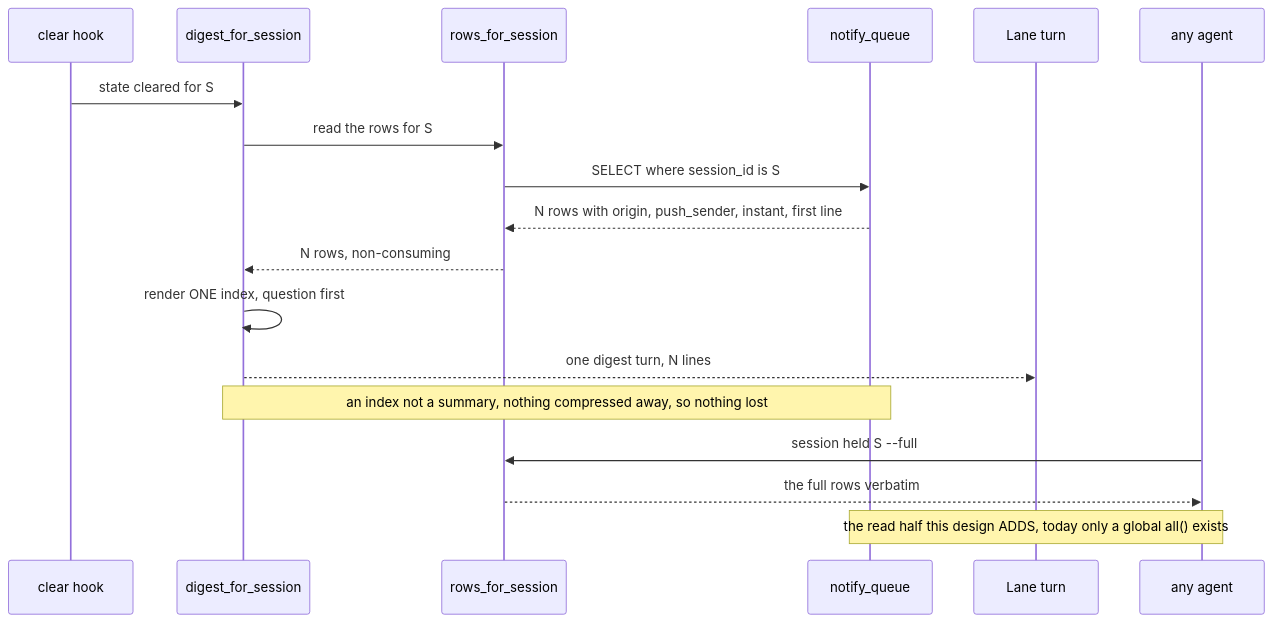
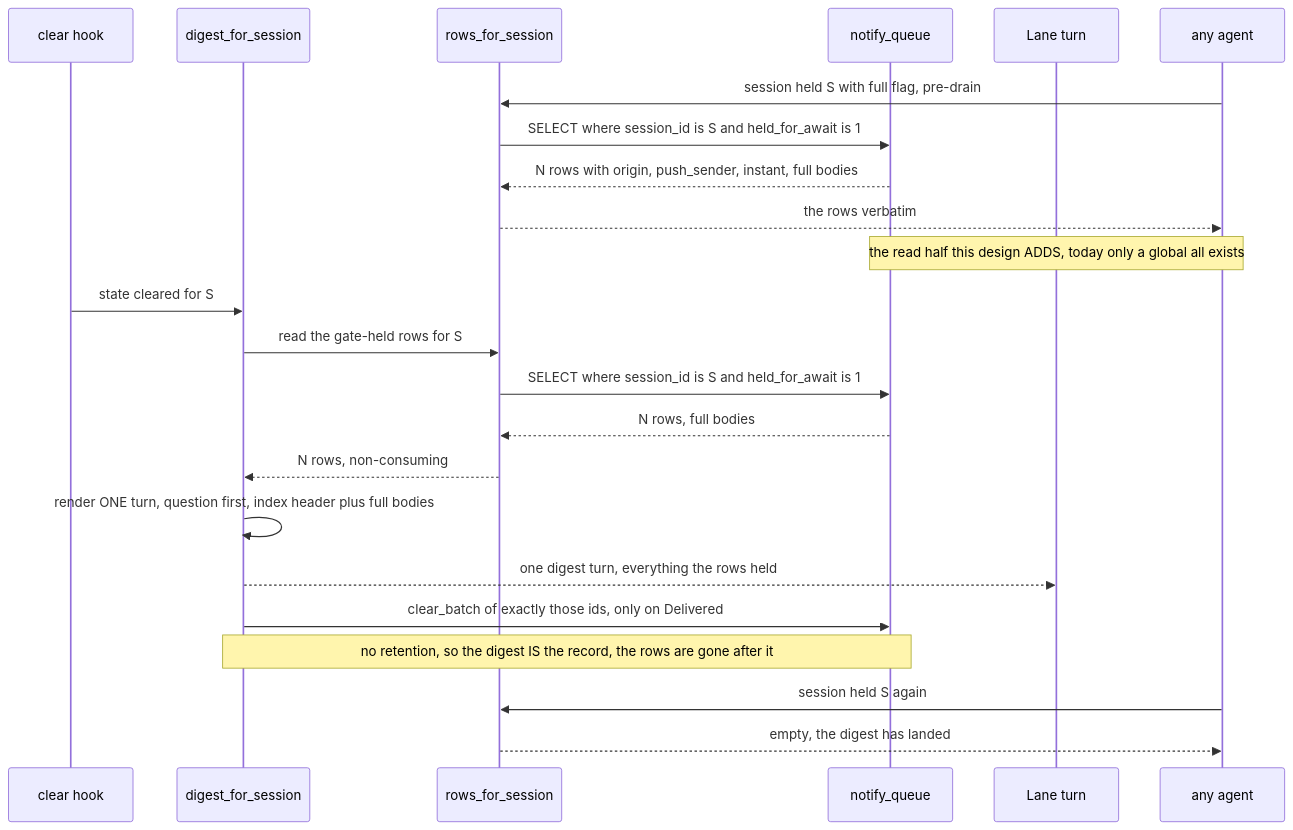
Before and after one commit to leshchenko1979/agent-factories: the ninth of 12 diagrams in docs/proposals/08-owner-gated-lane-intake.md, drawn with Mermaid. The commit also changed other lines of this file and 1 other file, not shown here.

First line of the commit message:
prop08: rev.13 — no retention; every interface pinned

````diff
--- a/docs/proposals/08-owner-gated-lane-intake.md
+++ b/docs/proposals/08-owner-gated-lane-intake.md
@@ -777,20 +1022,25 @@
 ```mermaid
 sequenceDiagram
     participant C as clear hook
     participant D as digest_for_session
     participant R as rows_for_session
     participant Q as notify_queue
     participant L as Lane turn
     participant A as any agent
+    A->>R: session held S with full flag, pre-drain
+    R->>Q: SELECT where session_id is S and held_for_await is 1
+    Q-->>R: N rows with origin, push_sender, instant, full bodies
+    R-->>A: the rows verbatim
+    Note over A,Q: the read half this design ADDS, today only a global all exists
     C->>D: state cleared for S
-    D->>R: read the rows for S
-    R->>Q: SELECT where session_id is S
-    Q-->>R: N rows with origin, push_sender, instant, first line
+    D->>R: read the gate-held rows for S
+    R->>Q: SELECT where session_id is S and held_for_await is 1
+    Q-->>R: N rows, full bodies
     R-->>D: N rows, non-consuming
-    D->>D: render ONE index, question first
-    D-->>L: one digest turn, N lines
-    Note over D,Q: an index not a summary, nothing compressed away, so nothing lost
-    A->>R: session held S --full
-    R-->>A: the full rows verbatim
-    Note over A,Q: the read half this design ADDS, today only a global all() exists
+    D->>D: render ONE turn, question first, index header plus full bodies
+    D-->>L: one digest turn, everything the rows held
+    D->>Q: clear_batch of exactly those ids, only on Delivered
+    Note over D,Q: no retention, so the digest IS the record, the rows are gone after it
+    A->>R: session held S again
+    R-->>A: empty, the digest has landed
 ```
````
